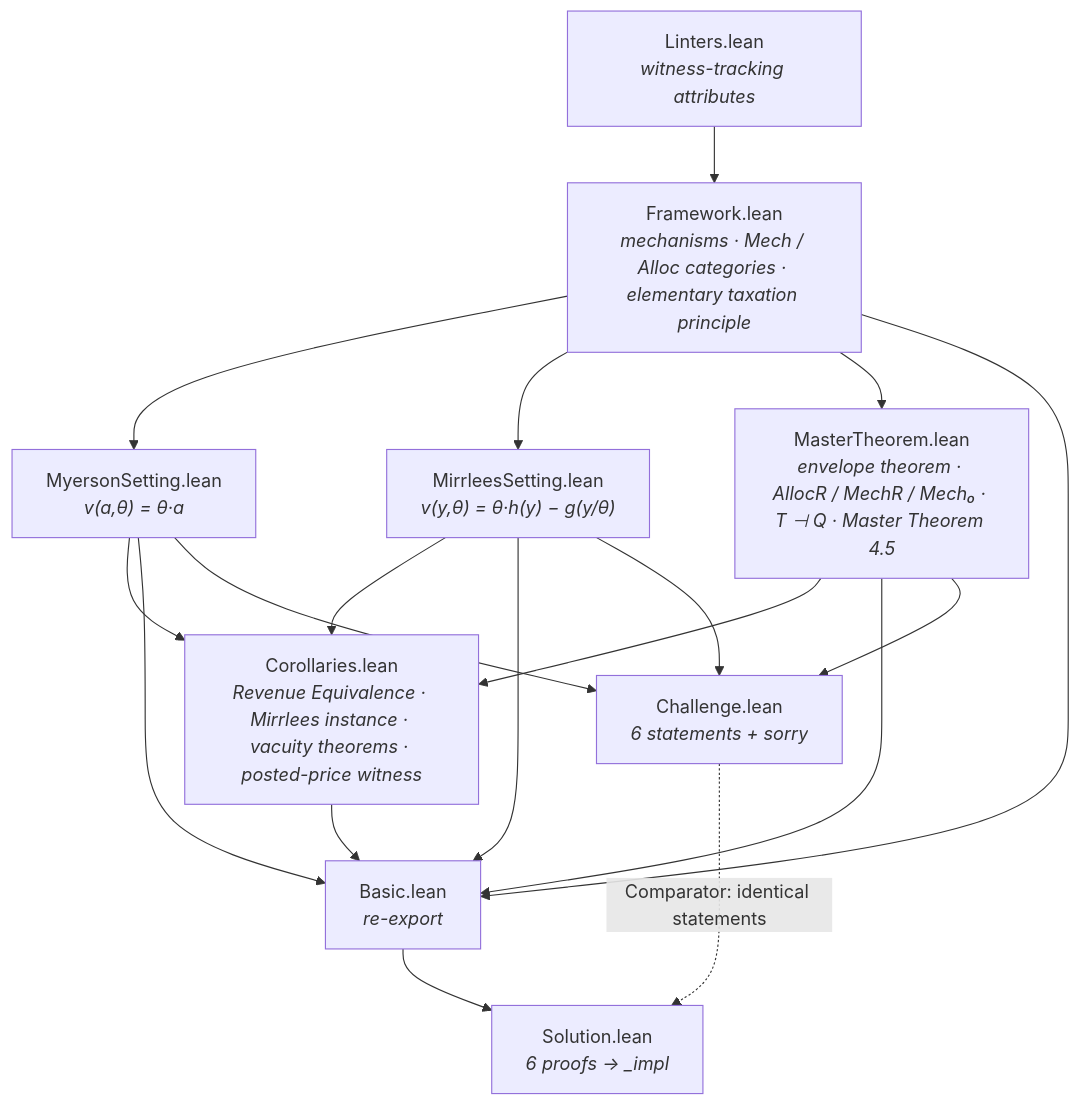
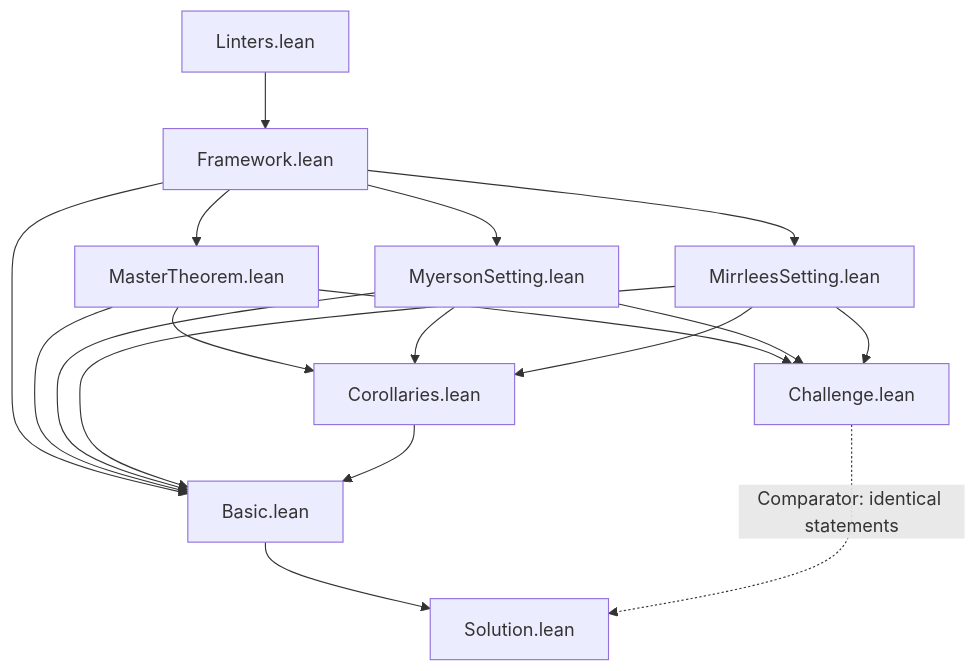
One commit to sanderrenes/myerson-mirrlees-adjunction-palomar-format changed the first of 3 diagrams in README.md. Above: the diagram before and after it, drawn with Mermaid. The commit also changed other lines of this file and 1 other file, not shown here.

First line of the commit message:
README: simplify Mermaid graphs so edges render on GitHub

````diff
--- a/README.md
+++ b/README.md
@@ -56,34 +56,33 @@
 ```mermaid
 flowchart TD
-    Linters["Linters.lean<br/><i>witness-tracking attributes</i>"]
-    Framework["Framework.lean<br/><i>mechanisms · Mech / Alloc categories · elementary taxation principle</i>"]
-    Myerson["MyersonSetting.lean<br/><i>v(a,θ) = θ·a</i>"]
-    Mirrlees["MirrleesSetting.lean<br/><i>v(y,θ) = θ·h(y) − g(y/θ)</i>"]
-    Master["MasterTheorem.lean<br/><i>envelope theorem · AllocR / MechR / Mech₀ · T ⊣ Q · Master Theorem 4.5</i>"]
-    Corollaries["Corollaries.lean<br/><i>Revenue Equivalence · Mirrlees instance · vacuity theorems · posted-price witness</i>"]
-    Basic["Basic.lean<br/><i>re-export</i>"]
-
-    Challenge["Challenge.lean<br/><i>6 statements + sorry</i>"]
-    Solution["Solution.lean<br/><i>6 proofs → _impl</i>"]
+    Linters["Linters.lean"]
+    Framework["Framework.lean"]
+    Myerson["MyersonSetting.lean"]
+    Mirrlees["MirrleesSetting.lean"]
+    Master["MasterTheorem.lean"]
+    Corollaries["Corollaries.lean"]
+    Basic["Basic.lean"]
+    Challenge["Challenge.lean"]
+    Solution["Solution.lean"]
 
     Linters --> Framework
     Framework --> Myerson
     Framework --> Mirrlees
     Framework --> Master
     Master --> Corollaries
     Myerson --> Corollaries
     Mirrlees --> Corollaries
 
+    Framework --> Basic
     Master --> Basic
     Myerson --> Basic
     Mirrlees --> Basic
     Corollaries --> Basic
-    Framework --> Basic
 
     Master --> Challenge
     Myerson --> Challenge
     Mirrlees --> Challenge
     Basic --> Solution
 
-    Challenge -. "Comparator: identical statements" .-> Solution
+    Challenge -.->|"Comparator: identical statements"| Solution
 ```
````
